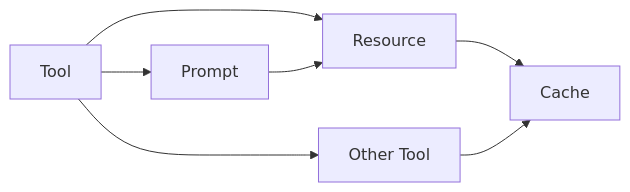
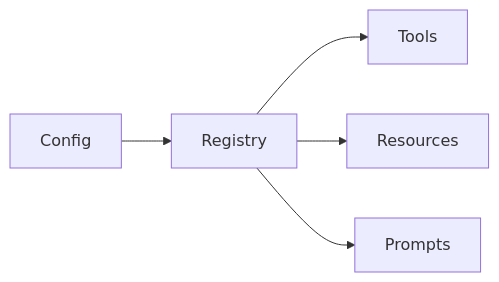
Before and after one commit to DavidNazareno/dynemcp: the third of 3 diagrams in apps/src/content/docs/guides/architecture.mdx, drawn with Mermaid. The commit also changed other lines of this file and 14 other files, not shown here.

````diff
--- a/apps/src/content/docs/guides/architecture.mdx
+++ b/apps/src/content/docs/guides/architecture.mdx
@@ -244,9 +137,7 @@
 ```mermaid
 graph LR
-    A[Tool] --> B[Resource]
-    A --> C[Other Tool]
-    B --> D[Cache]
-    C --> D
-    A --> E[Prompt]
-    E --> B
+    Config[Config] --> Registry[Registry]
+    Registry --> Tools[Tools]
+    Registry --> Resources[Resources]
+    Registry --> Prompts[Prompts]
 ```
````
